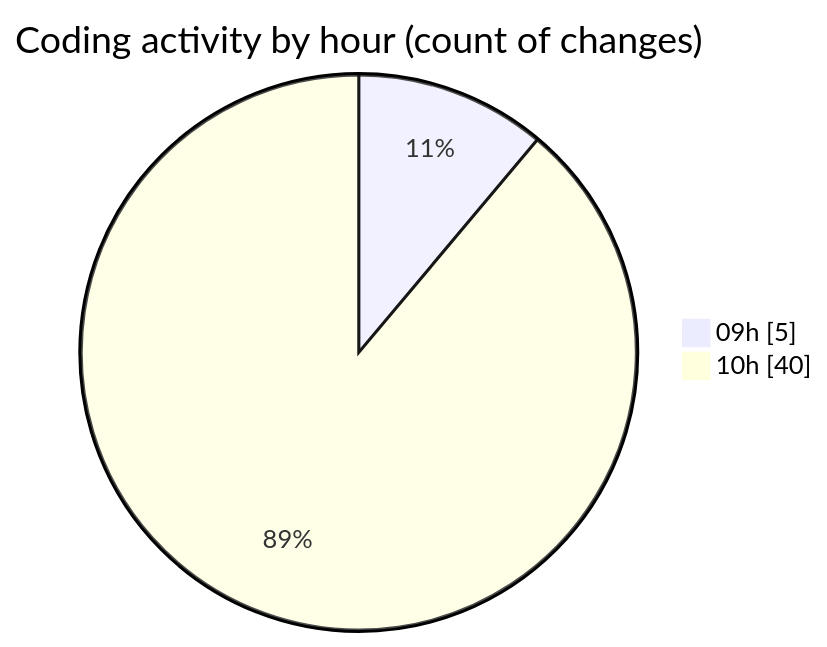
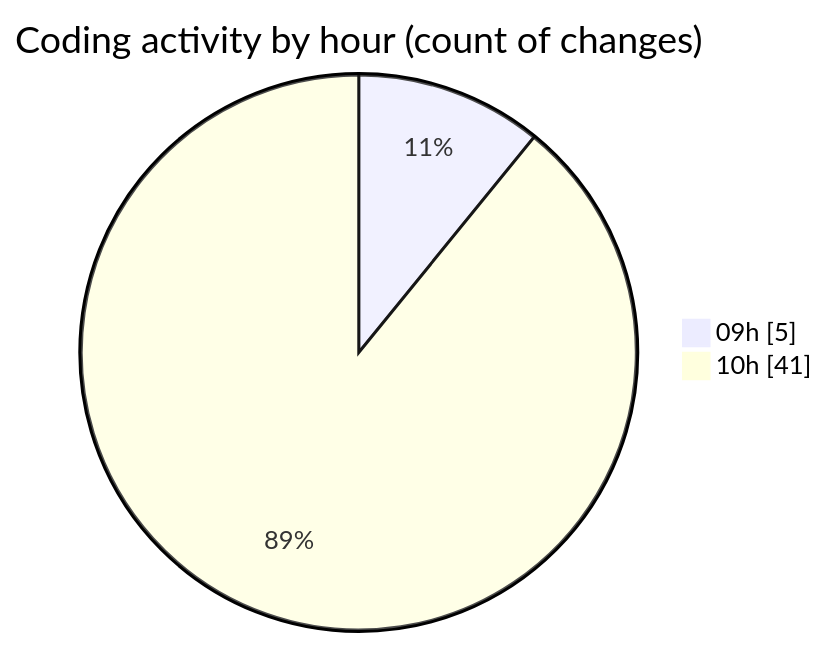
One commit to momahboobian/code-tracking changed the second of 2 diagrams in 2026-04-27/cda/README.md. Above: the diagram before and after it, drawn with Mermaid. The commit also changed other lines of this file and 1 other file, not shown here.

````diff
--- a/2026-04-27/cda/README.md
+++ b/2026-04-27/cda/README.md
@@ -41,6 +41,6 @@
 ```mermaid
 pie showData
 title Coding activity by hour (count of changes)
 "09h" : 5
-"10h" : 40
+"10h" : 41
 ```
````
